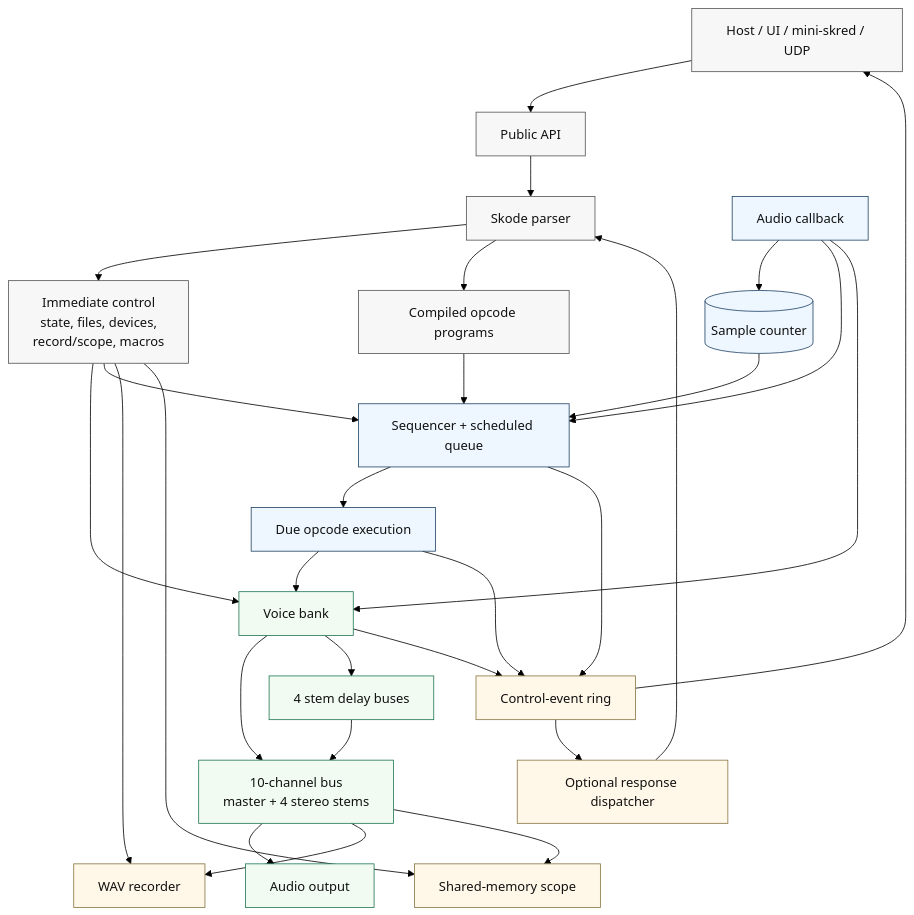
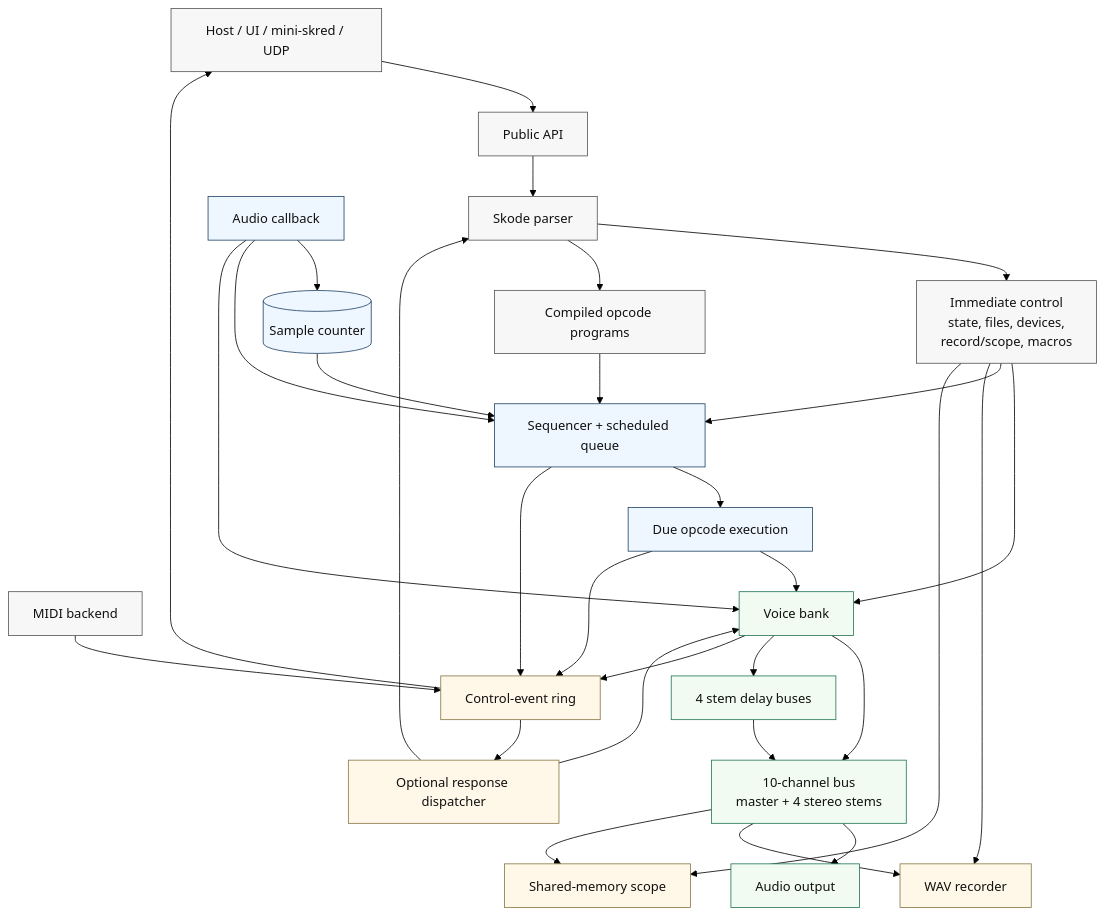
The first of 5 diagrams in doc/maxed-skred-system-diagram.md (octetta/pulp), drawn with Mermaid (forest theme) before and after one commit. The commit also changed other lines of this file and 29 other files, not shown here.

````diff
--- a/doc/maxed-skred-system-diagram.md
+++ b/doc/maxed-skred-system-diagram.md
@@ -5,55 +9,58 @@
 ```mermaid
 flowchart TB
   classDef control fill:#f7f7f7,stroke:#555,color:#111
   classDef realtime fill:#eef6ff,stroke:#246,color:#111
   classDef audio fill:#f1fbf2,stroke:#275,color:#111
   classDef observe fill:#fff7e8,stroke:#874,color:#111
 
   host[Host / UI / mini-skred / UDP]:::control
+  midi[MIDI backend]:::control
   api[Public API]:::control
   parser[Skode parser]:::control
   control[Immediate control\nstate, files, devices,\nrecord/scope, macros]:::control
   program[Compiled opcode programs]:::control
 
   clock[(Sample counter)]:::realtime
   timeline[Sequencer + scheduled queue]:::realtime
   callback[Audio callback]:::realtime
   exec[Due opcode execution]:::realtime
 
   voices[Voice bank]:::audio
   delay[4 stem delay buses]:::audio
   bus[10-channel bus\nmaster + 4 stereo stems]:::audio
   out[Audio output]:::audio
   record[WAV recorder]:::observe
   scope[Shared-memory scope]:::observe
 
   events[Control-event ring]:::observe
   dispatch[Optional response dispatcher]:::observe
 
   host --> api --> parser
+  midi --> events
   parser --> control
   parser --> program
   control --> voices
   control --> timeline
   control --> record
   control --> scope
   program --> timeline
 
   callback --> clock --> timeline
   callback --> timeline
   timeline --> exec
   exec --> voices
   exec --> events
 
   callback --> voices
   voices --> bus
   voices --> delay --> bus
   bus --> out
   bus --> record
   bus --> scope
 
   voices --> events
   timeline --> events
   events --> host
   events --> dispatch --> parser
+  dispatch --> voices
 ```
````
